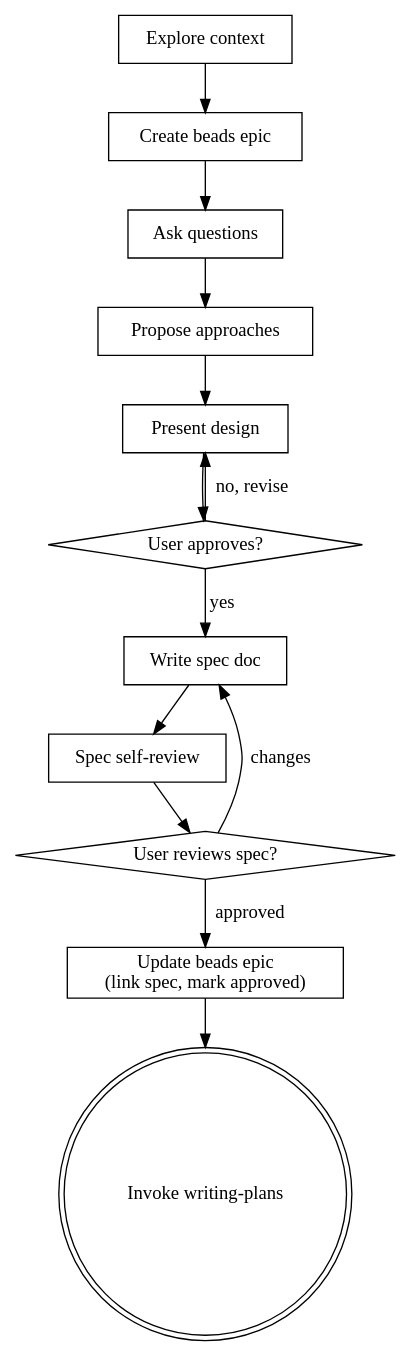
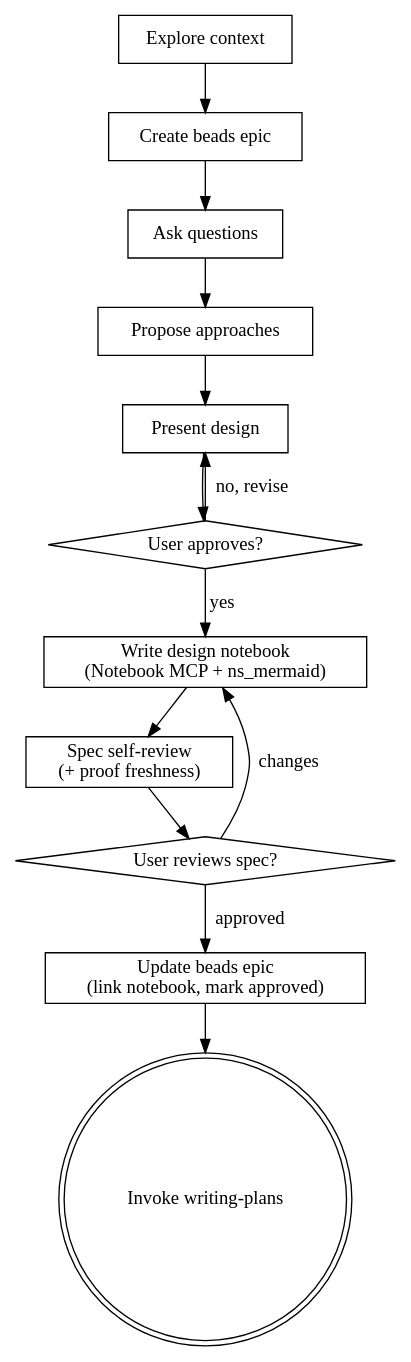
The diagram in assets/skills/brainstorming/SKILL.md (getspur/spur), drawn with Graphviz before and after one commit. The commit also changed other lines of this file and 3 other files, not shown here.

First line of the commit message:
docs(skills): notebook MCP ns-mermaid design specs in brainstorming

````diff
--- a/assets/skills/brainstorming/SKILL.md
+++ b/assets/skills/brainstorming/SKILL.md
@@ -50,28 +70,28 @@
 ```dot
 digraph spur_brainstorming {
     "Explore context" [shape=box];
     "Create beads epic" [shape=box];
     "Ask questions" [shape=box];
     "Propose approaches" [shape=box];
     "Present design" [shape=box];
     "User approves?" [shape=diamond];
-    "Write spec doc" [shape=box];
-    "Spec self-review" [shape=box];
+    "Write design notebook\n(Notebook MCP + ns_mermaid)" [shape=box];
+    "Spec self-review\n(+ proof freshness)" [shape=box];
     "User reviews spec?" [shape=diamond];
-    "Update beads epic\n(link spec, mark approved)" [shape=box];
+    "Update beads epic\n(link notebook, mark approved)" [shape=box];
     "Invoke writing-plans" [shape=doublecircle];
 
     "Explore context" -> "Create beads epic";
     "Create beads epic" -> "Ask questions";
     "Ask questions" -> "Propose approaches";
     "Propose approaches" -> "Present design";
     "Present design" -> "User approves?";
     "User approves?" -> "Present design" [label="no, revise"];
-    "User approves?" -> "Write spec doc" [label="yes"];
-    "Write spec doc" -> "Spec self-review";
-    "Spec self-review" -> "User reviews spec?";
-    "User reviews spec?" -> "Write spec doc" [label="changes"];
-    "User reviews spec?" -> "Update beads epic\n(link spec, mark approved)" [label="approved"];
-    "Update beads epic\n(link spec, mark approved)" -> "Invoke writing-plans";
+    "User approves?" -> "Write design notebook\n(Notebook MCP + ns_mermaid)" [label="yes"];
+    "Write design notebook\n(Notebook MCP + ns_mermaid)" -> "Spec self-review\n(+ proof freshness)";
+    "Spec self-review\n(+ proof freshness)" -> "User reviews spec?";
+    "User reviews spec?" -> "Write design notebook\n(Notebook MCP + ns_mermaid)" [label="changes"];
+    "User reviews spec?" -> "Update beads epic\n(link notebook, mark approved)" [label="approved"];
+    "Update beads epic\n(link notebook, mark approved)" -> "Invoke writing-plans";
 }
 ```
````
